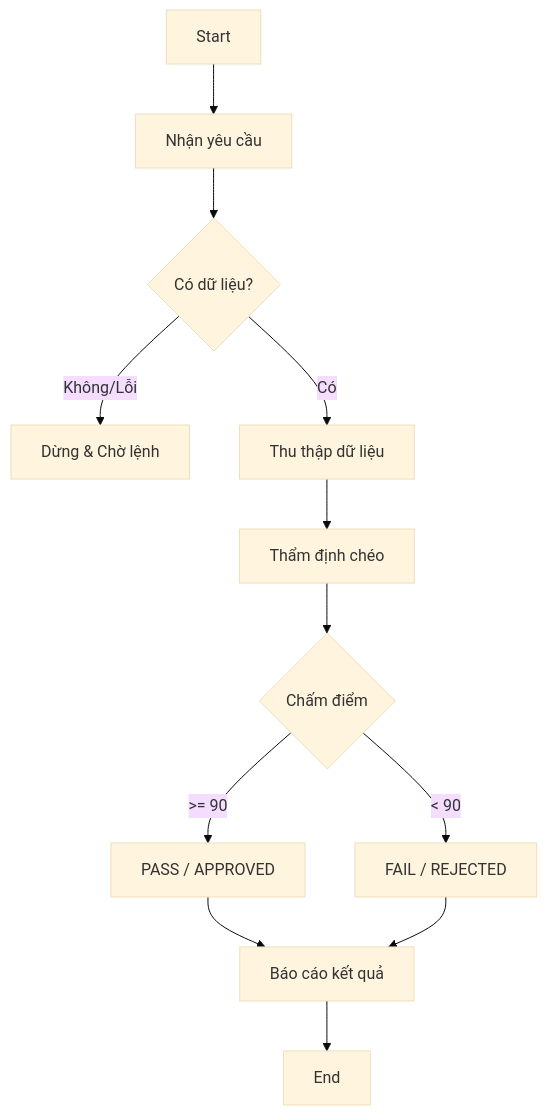
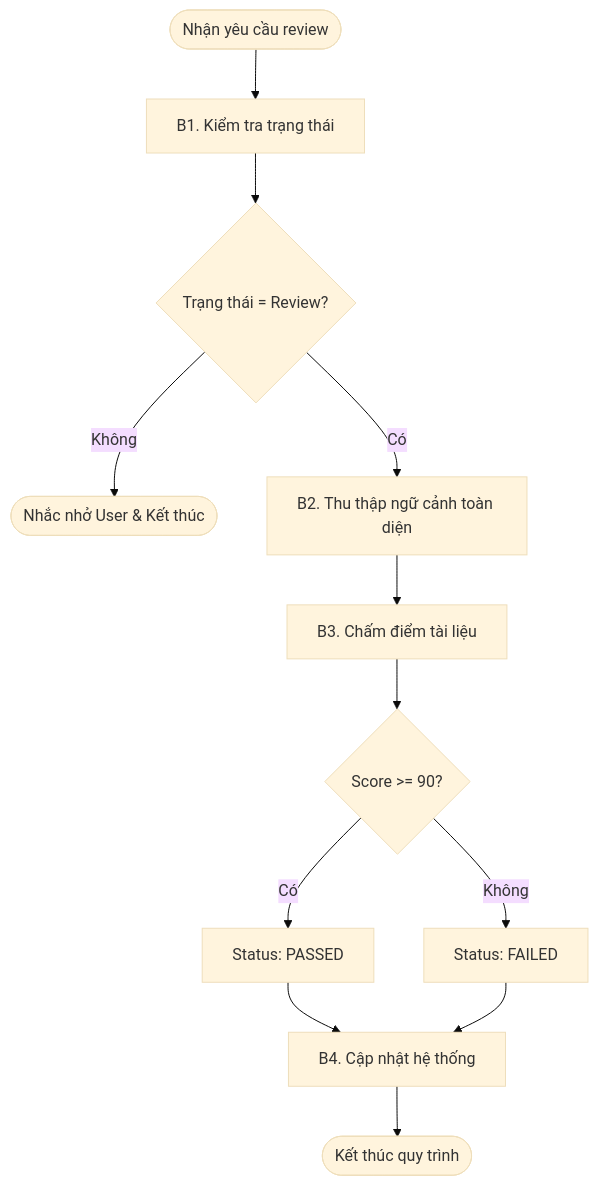
The diagram in mattin-ba-lead/.agents/workflows/review-cycle.md (phongdh04/docs-for-codex-hackerthon-), drawn with Mermaid (base theme) before and after one commit. The commit also changed other lines of this file and 22 other files, not shown here.

````diff
--- a/mattin-ba-lead/.agents/workflows/review-cycle.md
+++ b/mattin-ba-lead/.agents/workflows/review-cycle.md
@@ -10,14 +10,14 @@
 ```mermaid
 flowchart TD
-  A[Start] --> B[Nhận yêu cầu]
-  B --> C{Có dữ liệu?}
-  C -->|Không/Lỗi| D[Dừng & Chờ lệnh]
-  C -->|Có| E[Thu thập dữ liệu]
-  E --> F[Thẩm định chéo]
-  F --> G{Chấm điểm}
-  G -->|>= 90| H[PASS / APPROVED]
-  G -->|< 90| I[FAIL / REJECTED]
-  H --> J[Báo cáo kết quả]
-  I --> J
-  J --> K[End]
+  Start([Nhận yêu cầu review]) --> B1[B1. Kiểm tra trạng thái]
+  B1 --> CheckStatus{Trạng thái = Review?}
+  CheckStatus -->|Không| EndFail([Nhắc nhở User & Kết thúc])
+  CheckStatus -->|Có| B2[B2. Thu thập ngữ cảnh toàn diện]
+  B2 --> B3[B3. Chấm điểm tài liệu]
+  B3 --> CheckScore{Score >= 90?}
+  CheckScore -->|Có| Pass[Status: PASSED]
+  CheckScore -->|Không| Fail[Status: FAILED]
+  Pass --> B4[B4. Cập nhật hệ thống]
+  Fail --> B4
+  B4 --> End([Kết thúc quy trình])
 ```
````
